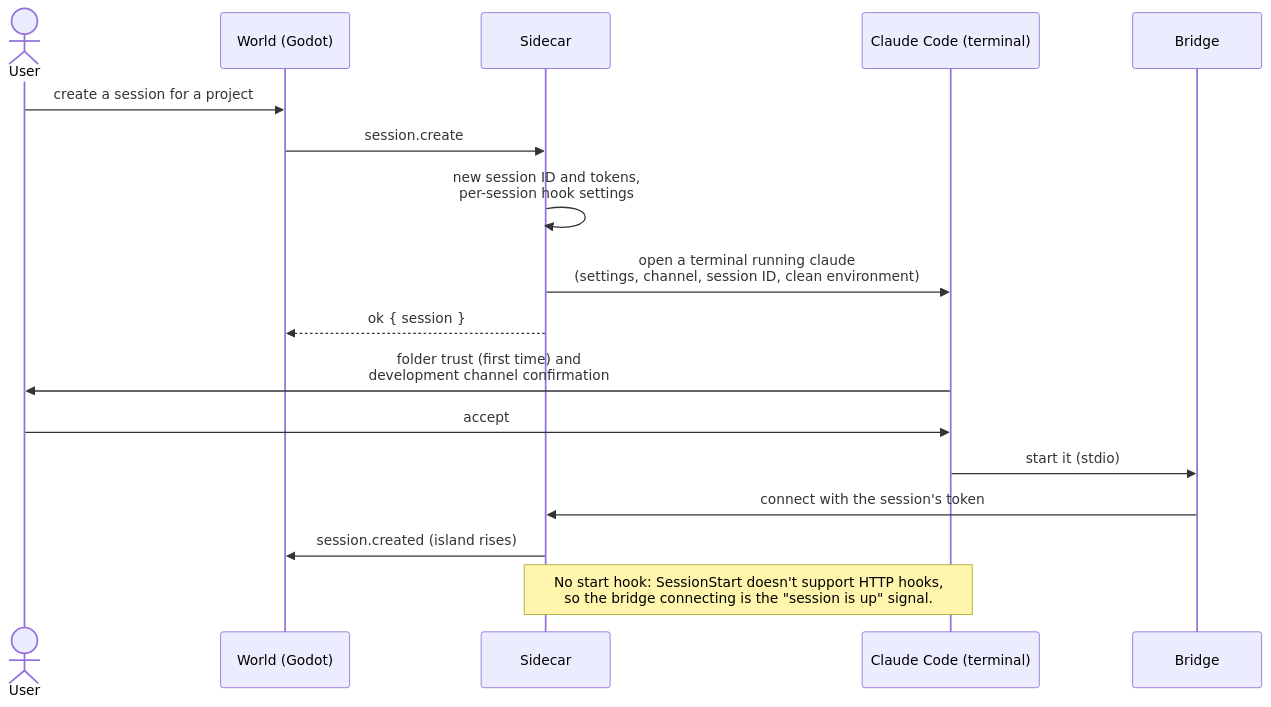
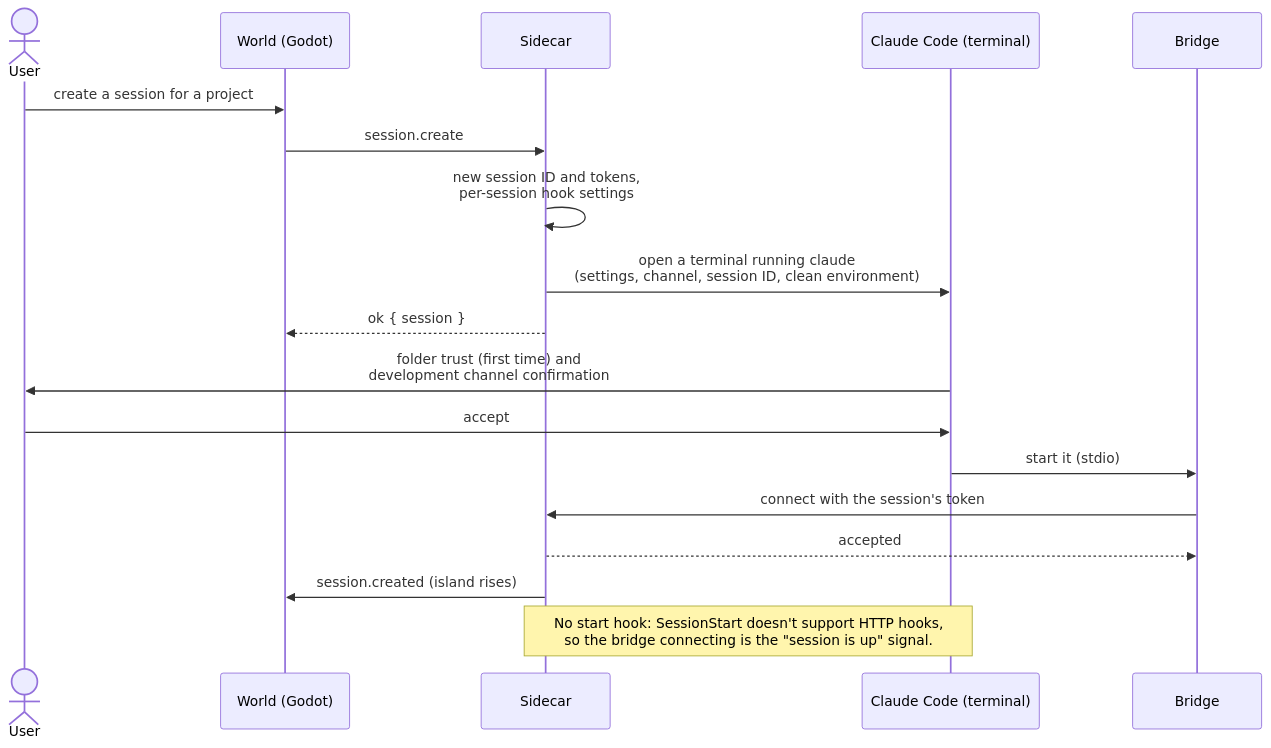
One commit to PaoloPortugal/The-Beach changed the first of 7 diagrams in docs/flows.md. Above: the diagram before and after it, drawn with Mermaid. The commit also changed other lines of this file, not shown here.

Commit message:
Draw every reply in the flow diagrams and add a reading key

````diff
--- a/docs/flows.md
+++ b/docs/flows.md
@@ -24,20 +36,21 @@
 ```mermaid
 sequenceDiagram
     actor User
     participant World as World (Godot)
     participant Sidecar
     participant Claude as Claude Code (terminal)
     participant Bridge
 
     User->>World: create a session for a project
     World->>Sidecar: session.create
     Sidecar->>Sidecar: new session ID and tokens,<br/>per-session hook settings
     Sidecar->>Claude: open a terminal running claude<br/>(settings, channel, session ID, clean environment)
     Sidecar-->>World: ok { session }
     Claude->>User: folder trust (first time) and<br/>development channel confirmation
     User->>Claude: accept
     Claude->>Bridge: start it (stdio)
     Bridge->>Sidecar: connect with the session's token
+    Sidecar-->>Bridge: accepted
     Sidecar->>World: session.created (island rises)
     Note over Claude,Sidecar: No start hook: SessionStart doesn't support HTTP hooks,<br/>so the bridge connecting is the "session is up" signal.
 ```
````
